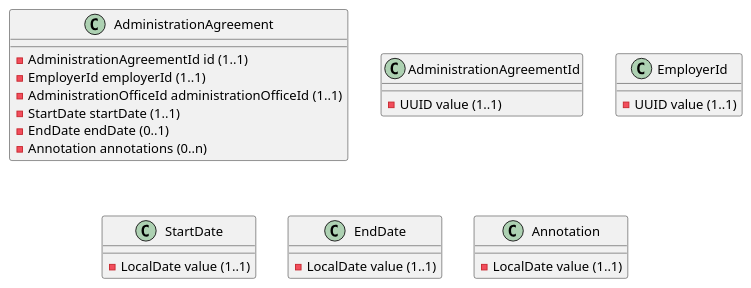
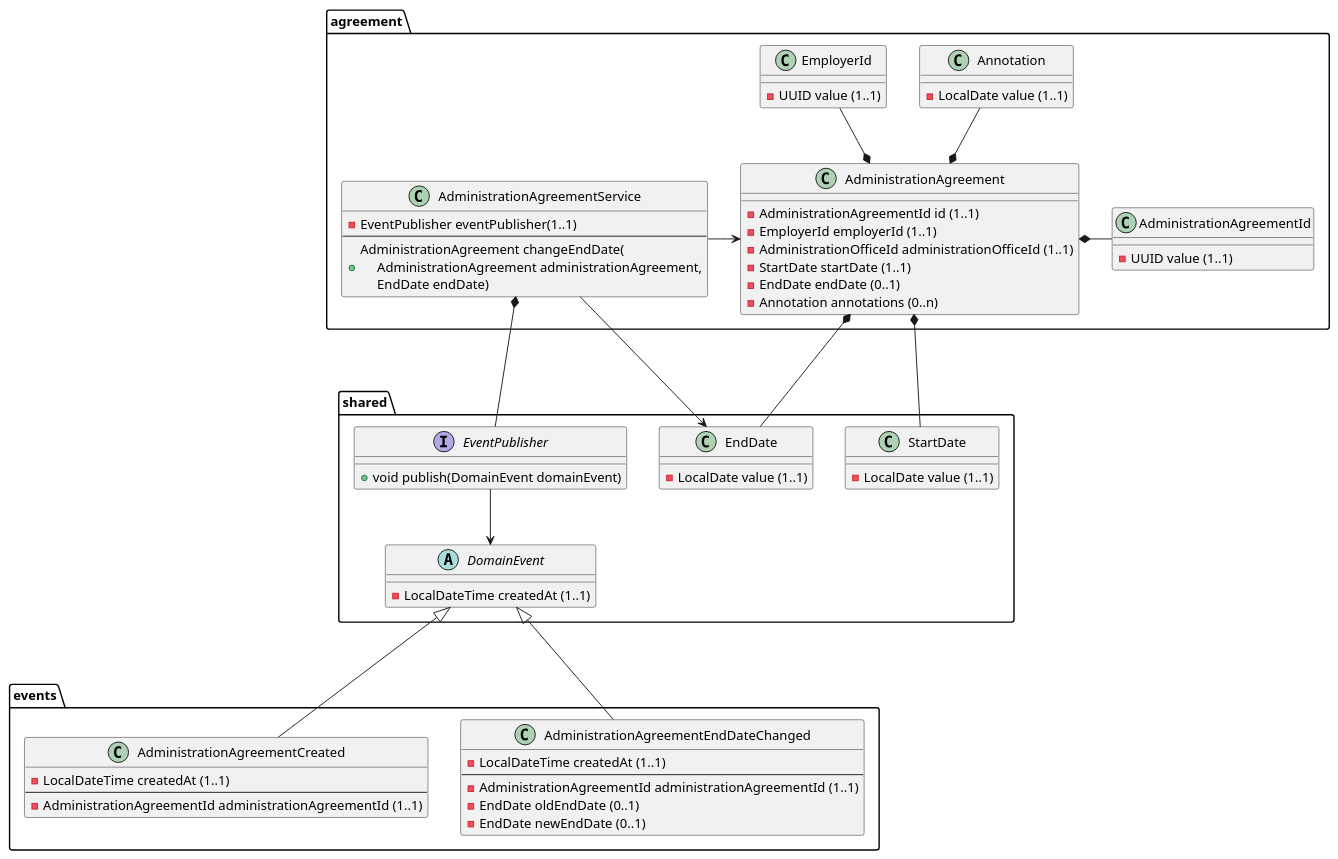
The diagram in docs/ClassDiagram.puml (TristanoSuriani/domain-modeling-presentation), drawn with PlantUML before and after one commit. The commit also changed 17 other files, not shown here.

```diff
--- a/docs/ClassDiagram.puml
+++ b/docs/ClassDiagram.puml
@@ -1,33 +1,80 @@
 @startuml
+package agreement {
+    class AdministrationAgreement {
+      - AdministrationAgreementId id (1..1)
+      - EmployerId employerId (1..1)
+      - AdministrationOfficeId administrationOfficeId (1..1)
+      - StartDate startDate (1..1)
+      - EndDate endDate (0..1)
+      - Annotation annotations (0..n)
+    }
 
-class AdministrationAgreement {
-  - AdministrationAgreementId id (1..1)
-  - EmployerId employerId (1..1)
-  - AdministrationOfficeId administrationOfficeId (1..1)
-  - StartDate startDate (1..1)
-  - EndDate endDate (0..1)
-  - Annotation annotations (0..n)
+    class AdministrationAgreementId {
+        -UUID value (1..1)
+    }
+
+    class EmployerId {
+        -UUID value (1..1)
+    }
+
+    class Annotation {
+        -LocalDate value (1..1)
+    }
+
+    class AdministrationAgreementService {
+        -EventPublisher eventPublisher(1..1)
+        --
+        +AdministrationAgreement changeEndDate(\n     AdministrationAgreement administrationAgreement,\n     EndDate endDate)
+    }
 }
 
-class AdministrationAgreementId {
-    -UUID value (1..1)
+package shared {
+    class StartDate {
+        -LocalDate value (1..1)
+    }
+
+    class EndDate {
+        -LocalDate value (1..1)
+    }
+
+    interface EventPublisher {
+        +void publish(DomainEvent domainEvent)
+    }
+
+    abstract class DomainEvent {
+        -LocalDateTime createdAt (1..1)
+    }
 }
 
-class EmployerId {
-    -UUID value (1..1)
+package events {
+
+    class AdministrationAgreementCreated {
+        -LocalDateTime createdAt (1..1)
+        --
+        -AdministrationAgreementId administrationAgreementId (1..1)
+    }
+
+    class AdministrationAgreementEndDateChanged {
+        -LocalDateTime createdAt (1..1)
+        --
+        -AdministrationAgreementId administrationAgreementId (1..1)
+        -EndDate oldEndDate (0..1)
+        -EndDate newEndDate (0..1)
+    }
 }
 
-class StartDate {
-    -LocalDate value (1..1)
-}
+AdministrationAgreement *-right- AdministrationAgreementId
+AdministrationAgreement *-up- EmployerId
+AdministrationAgreement *-down-- StartDate
+AdministrationAgreement *-down- EndDate
+AdministrationAgreement *-up- Annotation
 
-class EndDate {
-    -LocalDate value (1..1)
-}
+AdministrationAgreementService *-left- EventPublisher
+AdministrationAgreementService -right--> AdministrationAgreement
+AdministrationAgreementService -down--> EndDate
+EventPublisher -down-> DomainEvent
 
-class Annotation {
-    -LocalDate value (1..1)
-}
-
+AdministrationAgreementCreated -up--|> DomainEvent
+AdministrationAgreementEndDateChanged -up--|> DomainEvent
 
 @enduml
```
